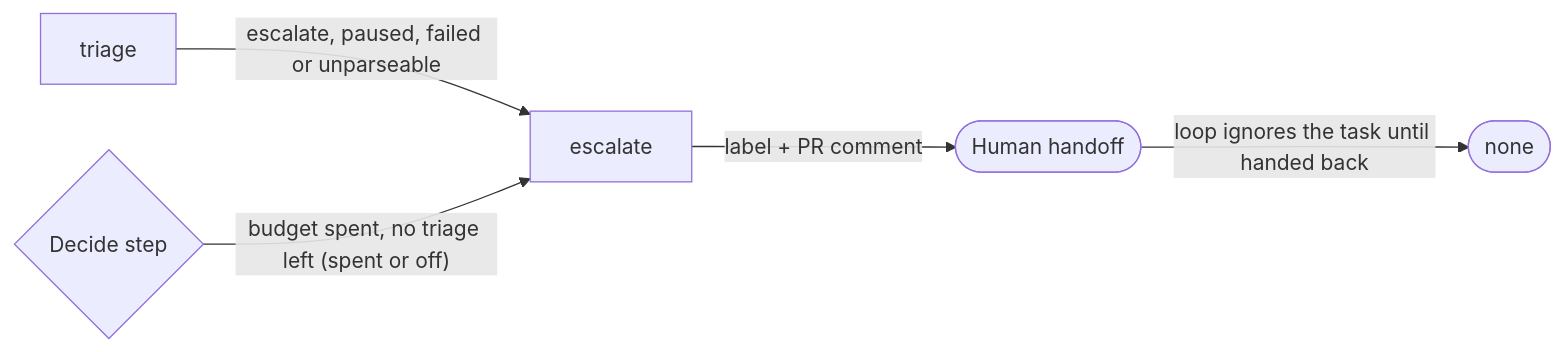
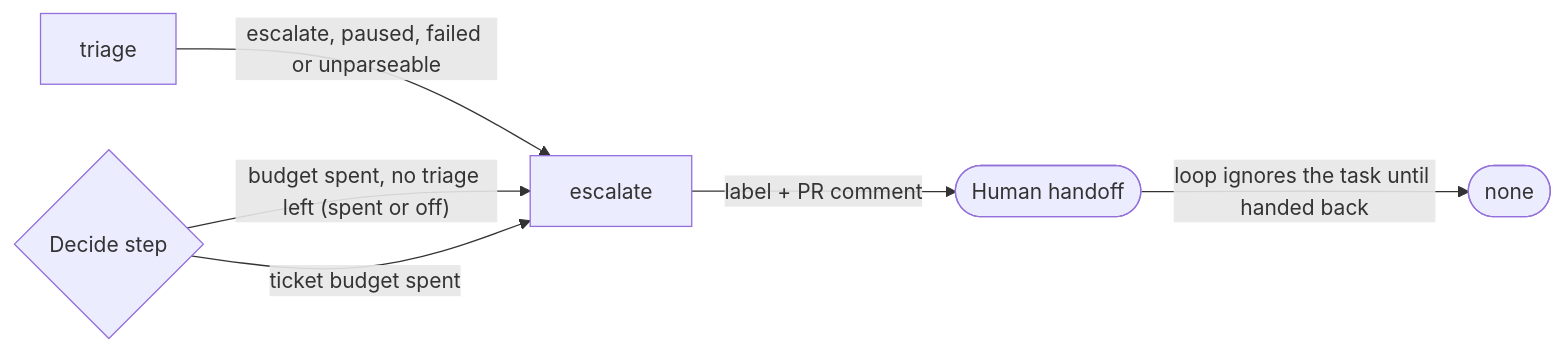
One commit to kehuydietlatoi/harness_orchestrator changed the tenth of 18 diagrams in docs/FLOWS.md. Above: the diagram before and after it, drawn with Mermaid. The commit also changed other lines of this file and 24 other files, not shown here.

````diff
--- a/docs/FLOWS.md
+++ b/docs/FLOWS.md
@@ -539,12 +540,13 @@
 ```mermaid
 flowchart LR
     n43{"Decide step"}
     n44(["none"])
     n52["triage"]
     n53["escalate"]
     n54(["Human handoff"])
   n52 -->|"escalate, paused, failed or unparseable"| n53
   n43 -->|"budget spent, no triage left (spent or off)"| n53
+  n43 -->|"ticket budget spent"| n53
   n53 -->|"label + PR comment"| n54
   n54 -->|"loop ignores the task until handed back"| n44
 ```
````
